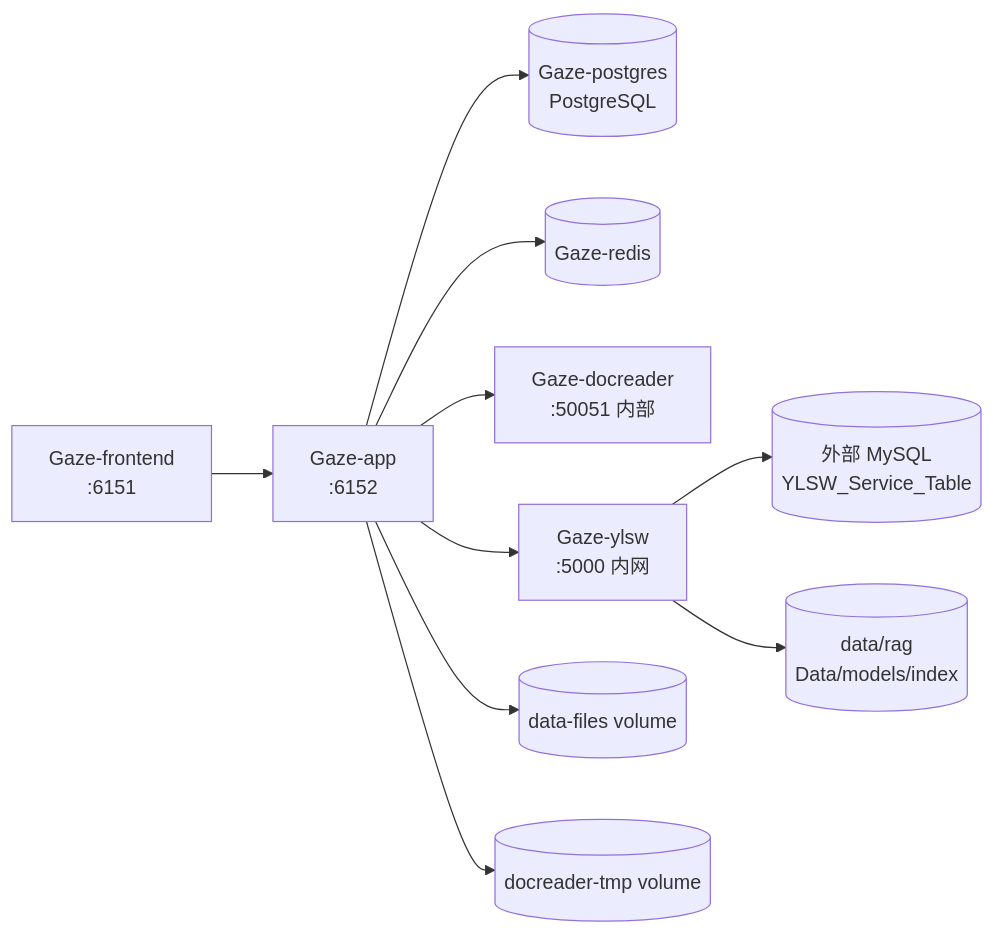
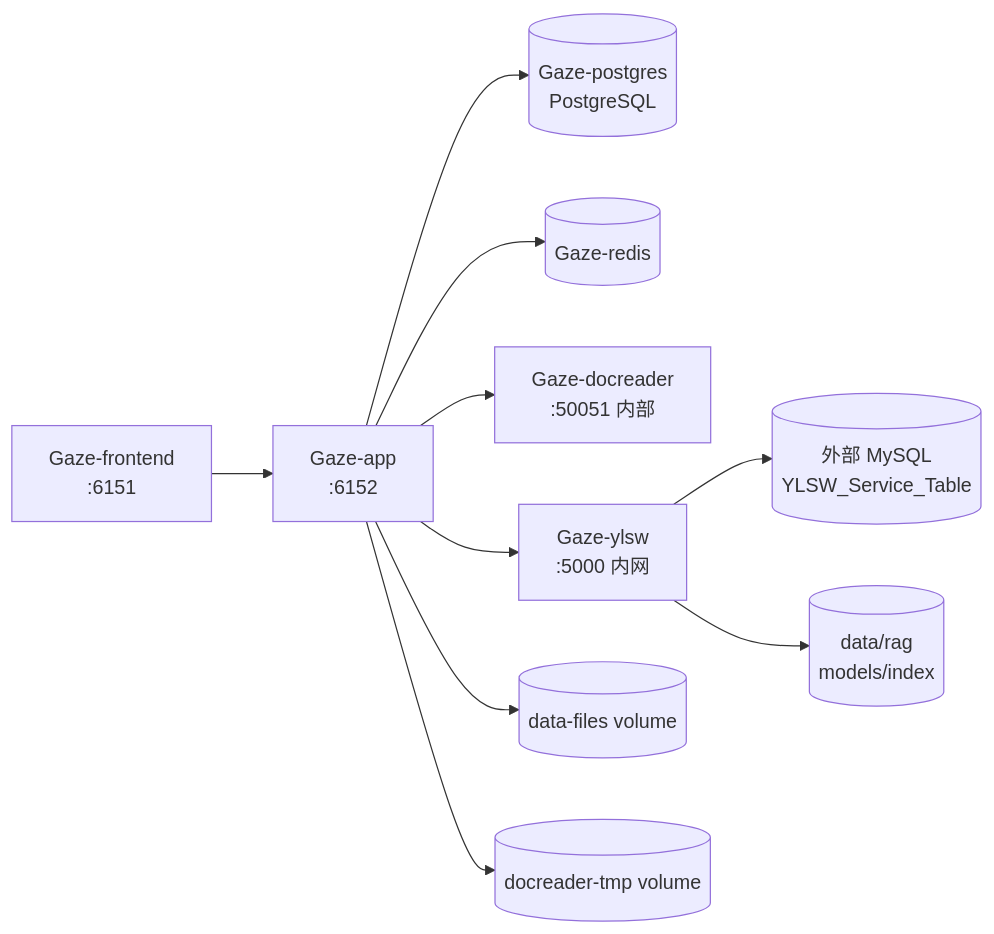
One commit to Forward-back/Well-Read-Personal changed the diagram in deployments/README.md. Above: the diagram before and after it, drawn with Mermaid. The commit also changed other lines of this file and 27 other files, not shown here.

First line of the commit message:
docs: remove stale architecture and merge RAG operations guides

````diff
--- a/deployments/README.md
+++ b/deployments/README.md
@@ -7,12 +7,12 @@
 ```mermaid
 flowchart LR
     FE[Gaze-frontend<br/>:6151] --> APP[Gaze-app<br/>:6152]
     APP --> PG[(Gaze-postgres<br/>PostgreSQL)]
     APP --> RD[(Gaze-redis)]
     APP --> DR[Gaze-docreader<br/>:50051 内部]
     APP --> YL[Gaze-ylsw<br/>:5000 内网]
     YL --> MYSQL[(外部 MySQL<br/>YLSW_Service_Table)]
-    YL --> EXT[(data/rag<br/>Data/models/index)]
+    YL --> EXT[(data/rag<br/>models/index)]
     APP --> FILES[(data-files volume)]
     APP --> TMP[(docreader-tmp volume)]
 ```
````
